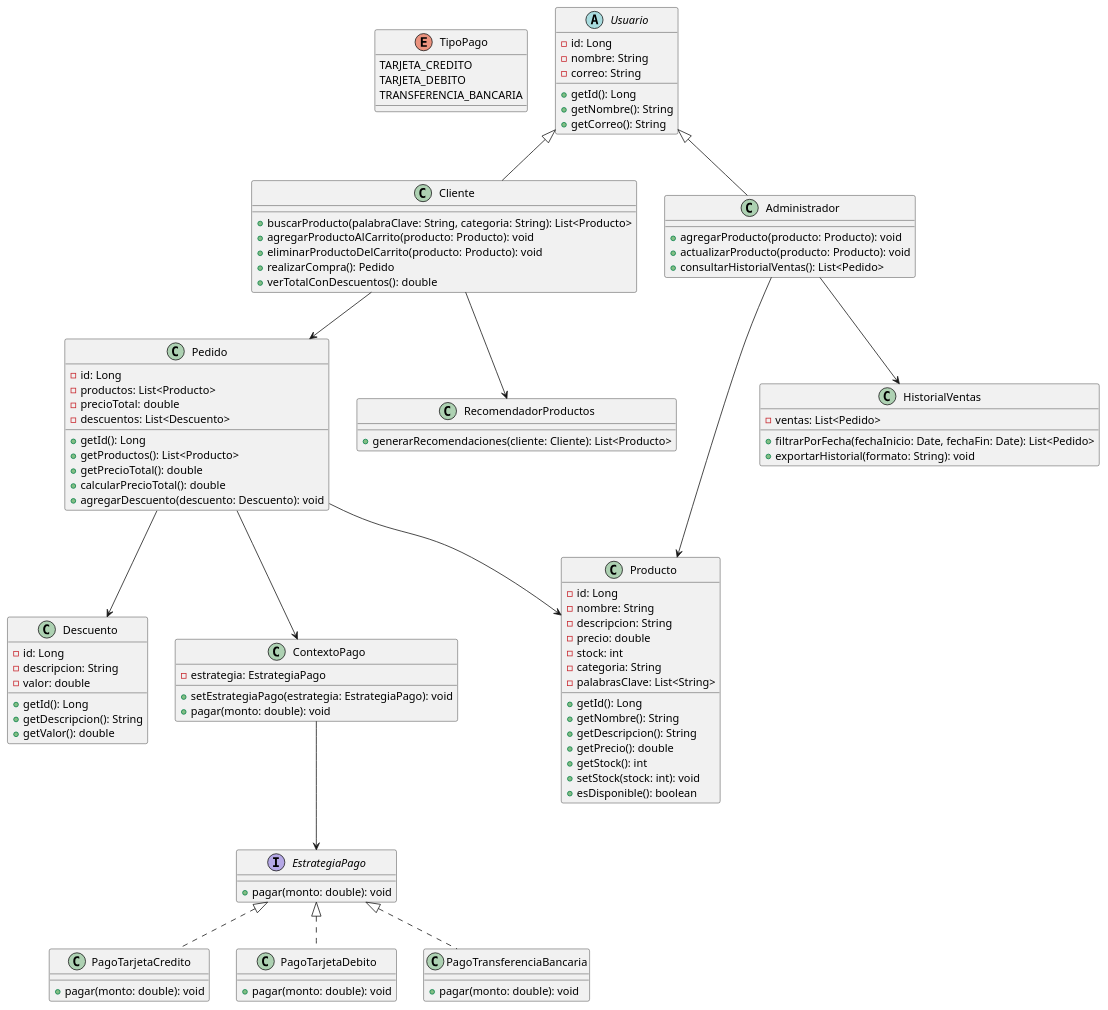
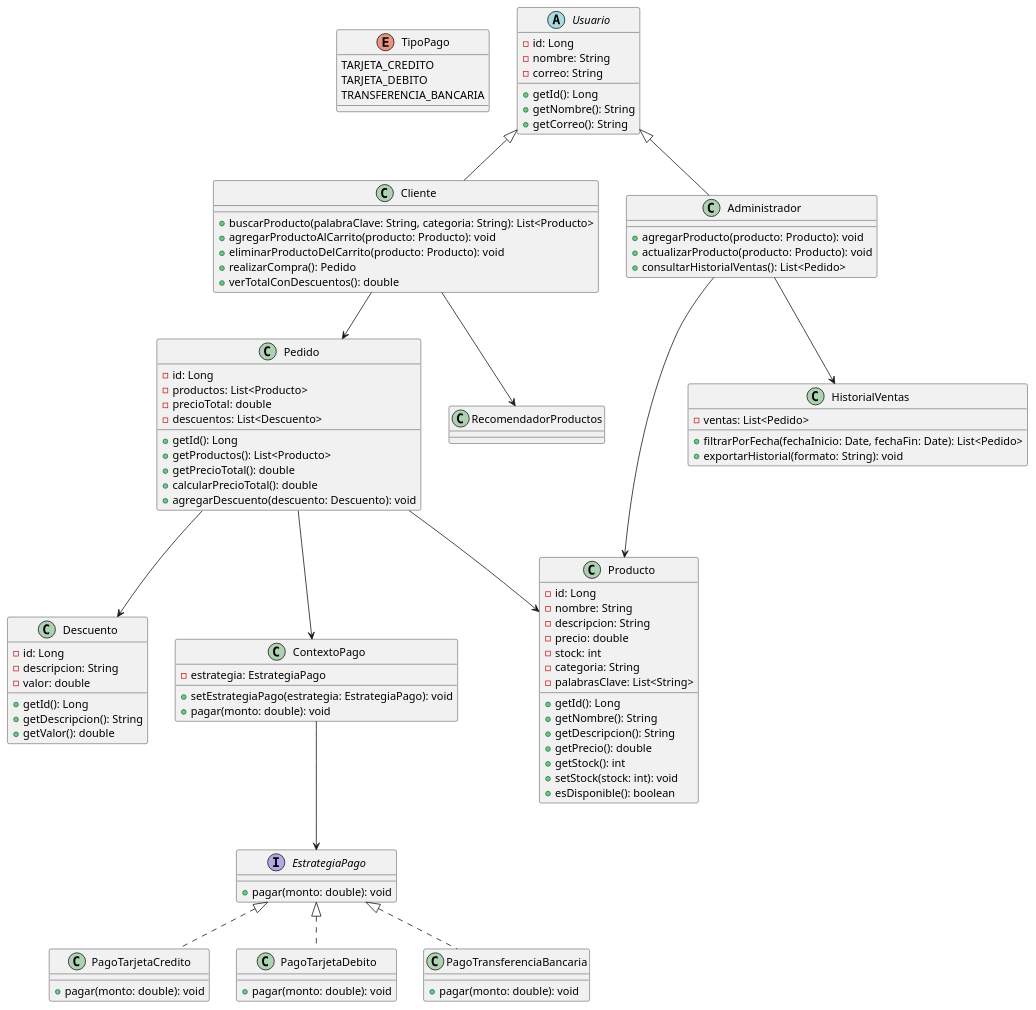
Before and after one commit to Leonardelli-FCEQYN/POO2-Integrador: the diagram in docs/Iteracion1/DiagramaClases_Actualizado.puml, drawn with PlantUML. The commit also changed 4 other files, not shown here.

```diff
--- a/docs/Iteracion1/DiagramaClases_Actualizado.puml
+++ b/docs/Iteracion1/DiagramaClases_Actualizado.puml
@@ -1,122 +1,117 @@
 @startuml iteracion1_VentaProductosLinea
 
 ' Enumeraciones
 enum TipoPago {
     TARJETA_CREDITO
     TARJETA_DEBITO
     TRANSFERENCIA_BANCARIA
 }
 
 ' Interfaces para patrón Strategy
 interface EstrategiaPago {
     +pagar(monto: double): void
 }
 
 ' Clases abstractas
 abstract class Usuario {
     -id: Long
     -nombre: String
     -correo: String
     +getId(): Long
     +getNombre(): String
     +getCorreo(): String
 }
 
 ' Clases concretas de Usuario
 class Cliente extends Usuario {
     +buscarProducto(palabraClave: String, categoria: String): List<Producto>
     +agregarProductoAlCarrito(producto: Producto): void
     +eliminarProductoDelCarrito(producto: Producto): void
     +realizarCompra(): Pedido
     +verTotalConDescuentos(): double
 }
 
 class Administrador extends Usuario {
     +agregarProducto(producto: Producto): void
     +actualizarProducto(producto: Producto): void
     +consultarHistorialVentas(): List<Pedido>
 }
 
 ' Clase Producto (Parte del patrón Composite)
 class Producto {
     -id: Long
     -nombre: String
     -descripcion: String
     -precio: double
     -stock: int
     -categoria: String
     -palabrasClave: List<String>
     +getId(): Long
     +getNombre(): String
     +getDescripcion(): String
     +getPrecio(): double
     +getStock(): int
     +setStock(stock: int): void
     +esDisponible(): boolean
 }
 
 ' Clase Pedido (Parte del patrón Composite)
 class Pedido {
     -id: Long
     -productos: List<Producto>
     -precioTotal: double
     -descuentos: List<Descuento>
     +getId(): Long
     +getProductos(): List<Producto>
     +getPrecioTotal(): double
     +calcularPrecioTotal(): double
     +agregarDescuento(descuento: Descuento): void
 }
 
 ' Clase Descuento
 class Descuento {
     -id: Long
     -descripcion: String
     -valor: double
     +getId(): Long
     +getDescripcion(): String
     +getValor(): double
 }
 
 ' Clase HistorialVentas (Singleton/Repository)
 class HistorialVentas {
     -ventas: List<Pedido>
     +filtrarPorFecha(fechaInicio: Date, fechaFin: Date): List<Pedido>
     +exportarHistorial(formato: String): void
 }
 
-' Clase RecomendadorProductos
-class RecomendadorProductos {
-    +generarRecomendaciones(cliente: Cliente): List<Producto>
-}
-
 ' Contexto y estrategias de pago (Patrón Strategy)
 class ContextoPago {
     -estrategia: EstrategiaPago
     +setEstrategiaPago(estrategia: EstrategiaPago): void
     +pagar(monto: double): void
 }
 
 class PagoTarjetaCredito implements EstrategiaPago {
     +pagar(monto: double): void
 }
 
 class PagoTarjetaDebito implements EstrategiaPago {
     +pagar(monto: double): void
 }
 
 class PagoTransferenciaBancaria implements EstrategiaPago {
     +pagar(monto: double): void
 }
 
 ' Relaciones de clases
 Cliente --> Pedido
 Administrador --> Producto
 Pedido --> Producto
 Pedido --> Descuento
 Administrador --> HistorialVentas
 Cliente --> RecomendadorProductos
 Pedido --> ContextoPago
 ContextoPago --> EstrategiaPago
 
 @enduml
```
